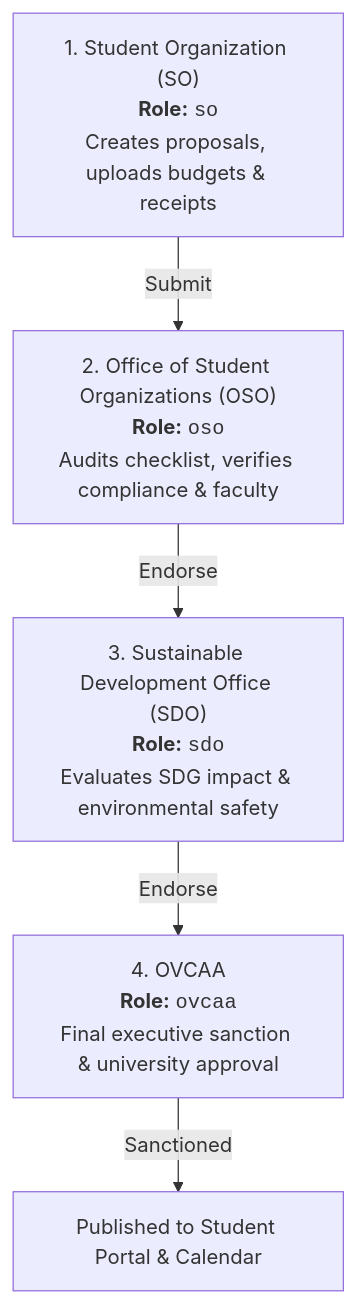
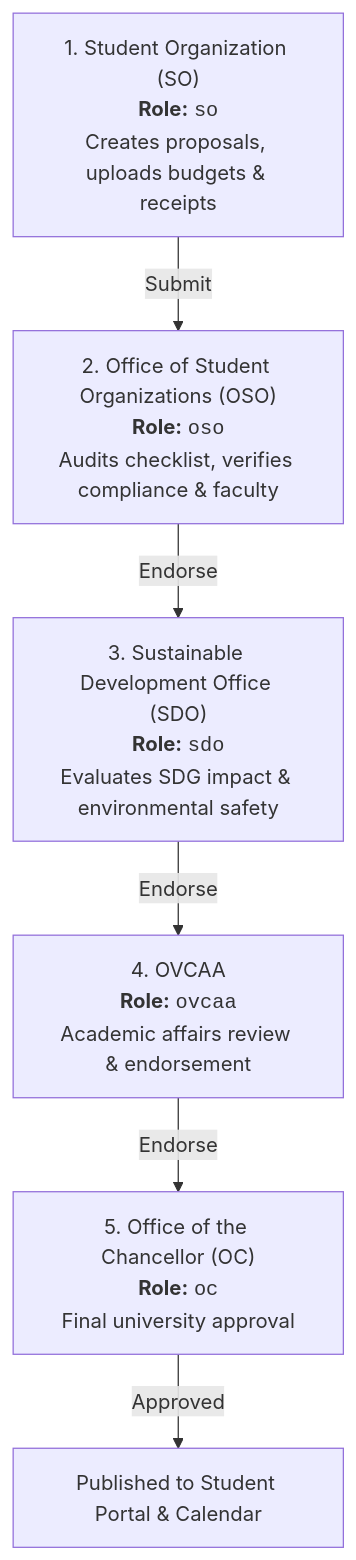
Before and after one commit to chals1029/OrgChainProject: the diagram in ORGCHAIN/02 - Subsystems and Modules/Office Portal and Administrative Desk/Multi-Tier Office Roles SO OSO SDO OVCAA.md, drawn with Mermaid. The commit also changed other lines of this file and 285 other files, not shown here.

````diff
--- a/ORGCHAIN/02 - Subsystems and Modules/Office Portal and Administrative Desk/Multi-Tier Office Roles SO OSO SDO OVCAA.md
+++ b/ORGCHAIN/02 - Subsystems and Modules/Office Portal and Administrative Desk/Multi-Tier Office Roles SO OSO SDO OVCAA.md
@@ -22,12 +22,14 @@
 ```mermaid
 graph TD
     SO["1. Student Organization (SO)<br/><b>Role:</b> <code>so</code><br/>Creates proposals, uploads budgets & receipts"]
     OSO["2. Office of Student Organizations (OSO)<br/><b>Role:</b> <code>oso</code><br/>Audits checklist, verifies compliance & faculty"]
     SDO["3. Sustainable Development Office (SDO)<br/><b>Role:</b> <code>sdo</code><br/>Evaluates SDG impact & environmental safety"]
-    OVCAA["4. OVCAA<br/><b>Role:</b> <code>ovcaa</code><br/>Final executive sanction & university approval"]
+    OVCAA["4. OVCAA<br/><b>Role:</b> <code>ovcaa</code><br/>Academic affairs review & endorsement"]
+    OC["5. Office of the Chancellor (OC)<br/><b>Role:</b> <code>oc</code><br/>Final university approval"]
 
     SO -->|Submit| OSO
     OSO -->|Endorse| SDO
     SDO -->|Endorse| OVCAA
-    OVCAA -->|Sanctioned| Published[Published to Student Portal & Calendar]
+    OVCAA -->|Endorse| OC
+    OC -->|Approved| Published[Published to Student Portal & Calendar]
 ```
````
